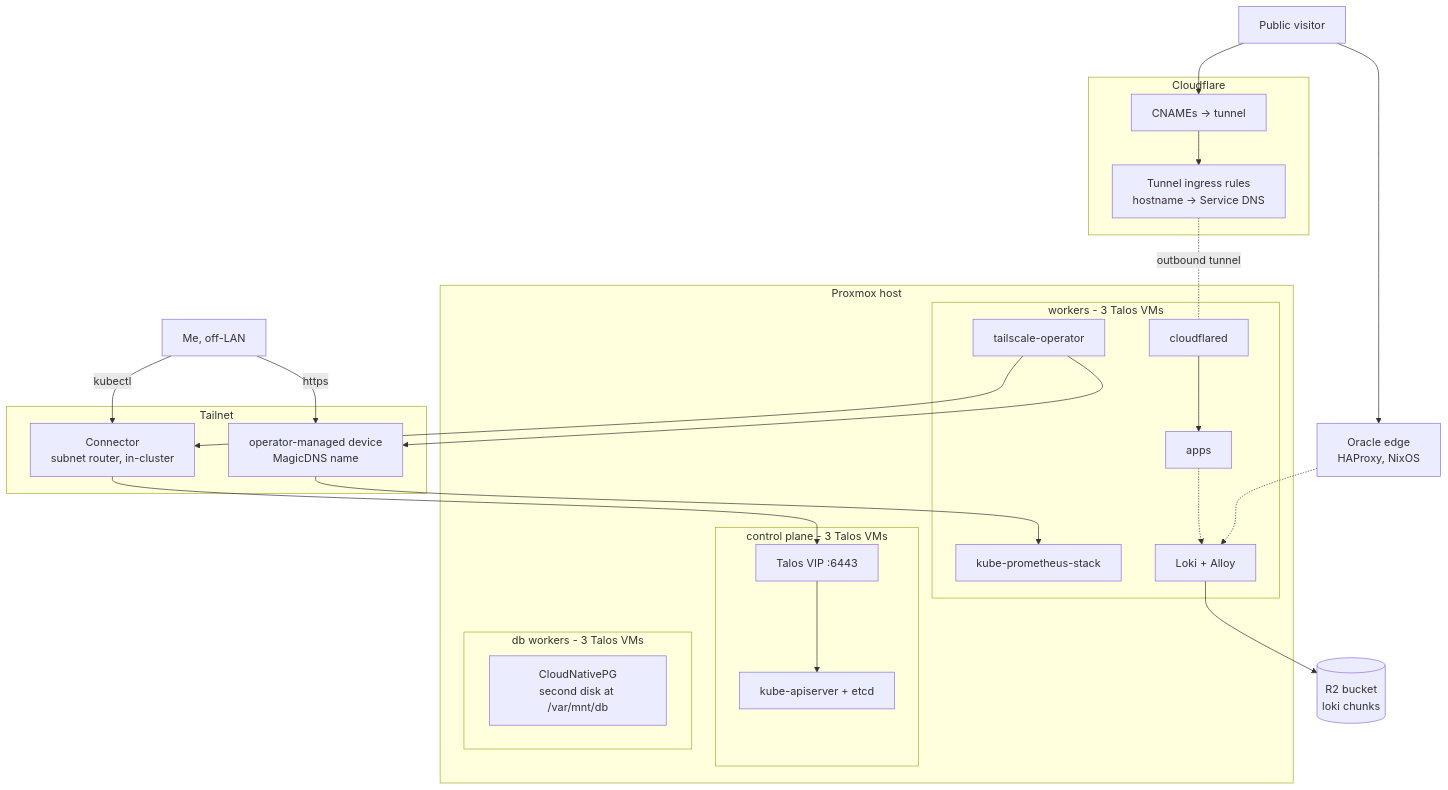
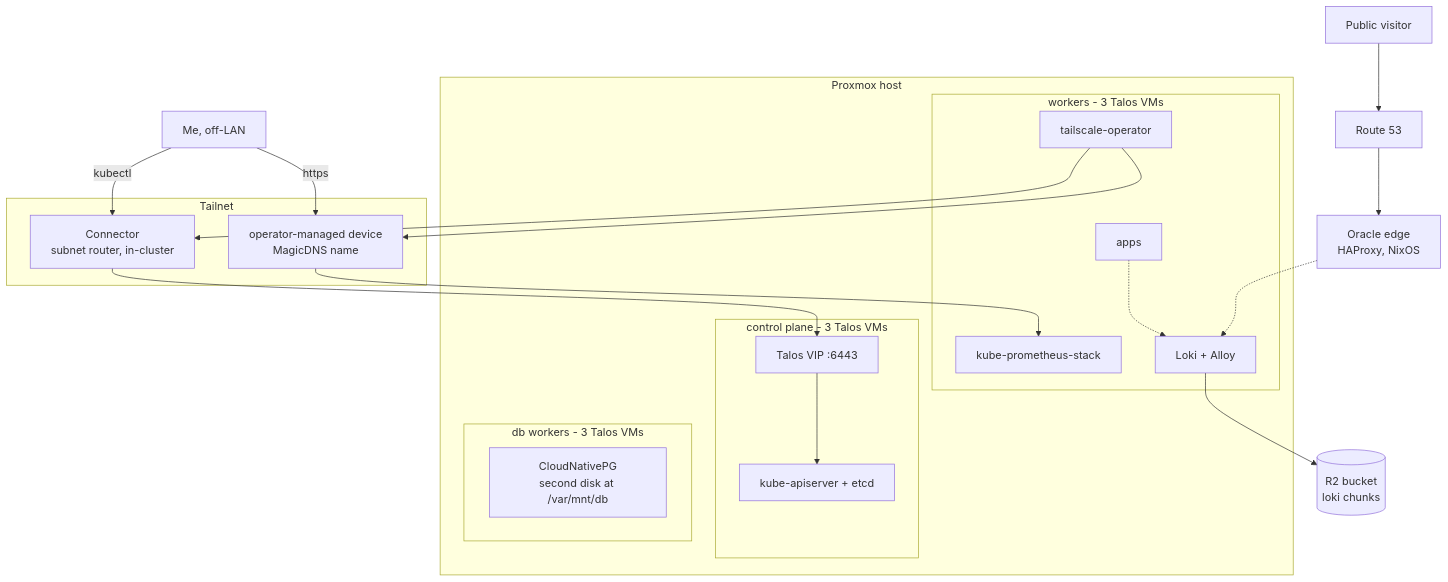
Before and after one commit to alexraskin/infrastructure: the second of 2 diagrams in README.md, drawn with Mermaid. The commit also changed other lines of this file and 56 other files, not shown here.

First line of the commit message:
Move DNS to Route 53 and remove Cloudflare (#10)

````diff
--- a/README.md
+++ b/README.md
@@ -73,49 +74,42 @@
 ```mermaid
 flowchart TB
     USER["Public visitor"]
     ADMIN["Me, off-LAN"]
 
-    subgraph cf["Cloudflare"]
-        DNS["CNAMEs -> tunnel"]
-        TUN["Tunnel ingress rules<br/>hostname -> Service DNS"]
-    end
+    DNS["Route 53"]
 
     subgraph ts["Tailnet"]
         SR["Connector<br/>subnet router, in-cluster"]
         TSD["operator-managed device<br/>MagicDNS name"]
     end
 
     subgraph pve["Proxmox host"]
         subgraph cp["control plane - 3 Talos VMs"]
             VIP["Talos VIP :6443"]
             ETCD["kube-apiserver + etcd"]
         end
         subgraph ag["workers - 3 Talos VMs"]
-            CFD["cloudflared"]
             APPS["apps"]
             MON["kube-prometheus-stack"]
             LOG["Loki + Alloy"]
             TSO["tailscale-operator"]
         end
         subgraph db["db workers - 3 Talos VMs"]
             TAINT["CloudNativePG<br/>second disk at /var/mnt/db"]
         end
     end
 
     R2L[("R2 bucket<br/>loki chunks")]
     EDGE["Oracle edge<br/>HAProxy, NixOS"]
 
-    USER --> DNS --> TUN
-    TUN -. "outbound tunnel" .- CFD
-    CFD --> APPS
-    USER --> EDGE
+    USER --> DNS --> EDGE
 
     ADMIN -- kubectl --> SR --> VIP --> ETCD
     ADMIN -- https --> TSD --> MON
     TSO --> TSD
     TSO --> SR
 
     APPS -.-> LOG
     LOG --> R2L
     EDGE -.-> LOG
 ```
````
